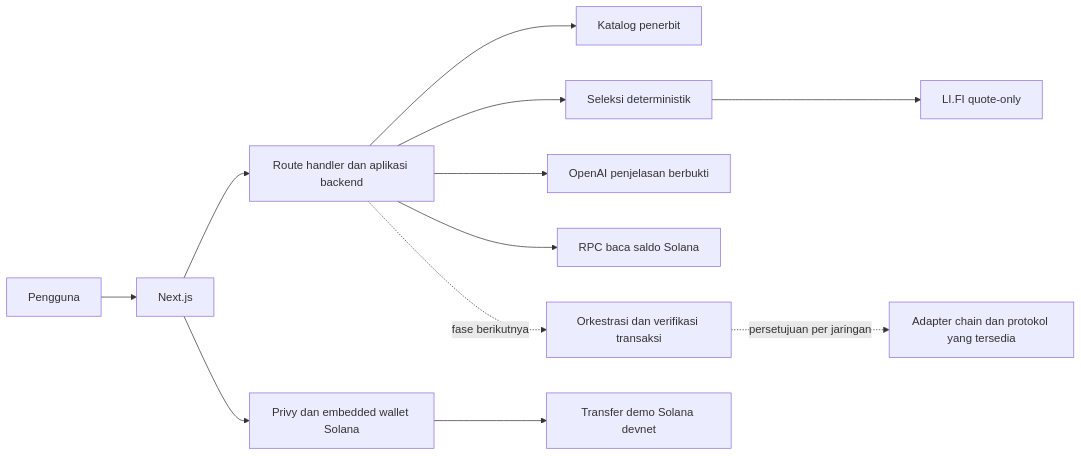
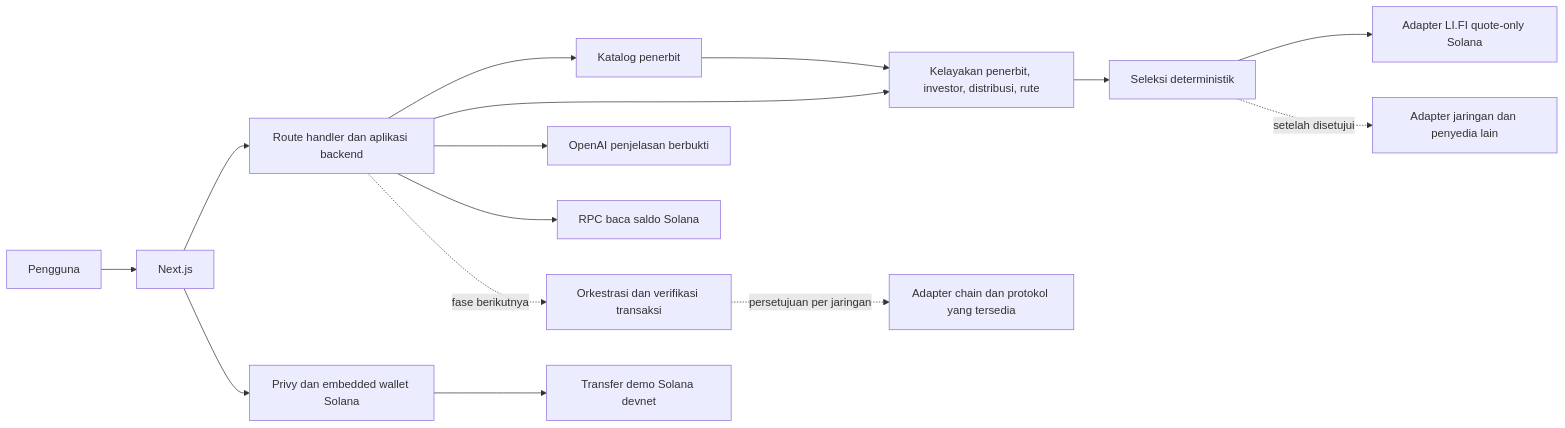
One commit to 1Stocks/1stocks changed the first of 5 diagrams in docs/architecture/tokenized-equities.md. Above: the diagram before and after it, drawn with Mermaid. The commit also changed other lines of this file and 4 other files, not shown here.

Commit message:
docs: align architecture with product-first eligibility

````diff
--- a/docs/architecture/tokenized-equities.md
+++ b/docs/architecture/tokenized-equities.md
@@ -9,14 +18,17 @@
 ```mermaid
 flowchart LR
     U[Pengguna] --> UI[Next.js]
     UI --> API[Route handler dan aplikasi backend]
     API --> CAT[Katalog penerbit]
-    API --> RULE[Seleksi deterministik]
-    RULE --> LI[LI.FI quote-only]
+    CAT --> EL[Kelayakan penerbit, investor, distribusi, rute]
+    API --> EL
+    EL --> RULE[Seleksi deterministik]
+    RULE --> LI[Adapter LI.FI quote-only Solana]
+    RULE -. setelah disetujui .-> VEN[Adapter jaringan dan penyedia lain]
     API --> AI[OpenAI penjelasan berbukti]
     API --> RPC[RPC baca saldo Solana]
     UI --> WAL[Privy dan embedded wallet Solana]
     WAL --> DEMO[Transfer demo Solana devnet]
     API -. fase berikutnya .-> ORK[Orkestrasi dan verifikasi transaksi]
     ORK -. persetujuan per jaringan .-> AD[Adapter chain dan protokol yang tersedia]
 ```
````
